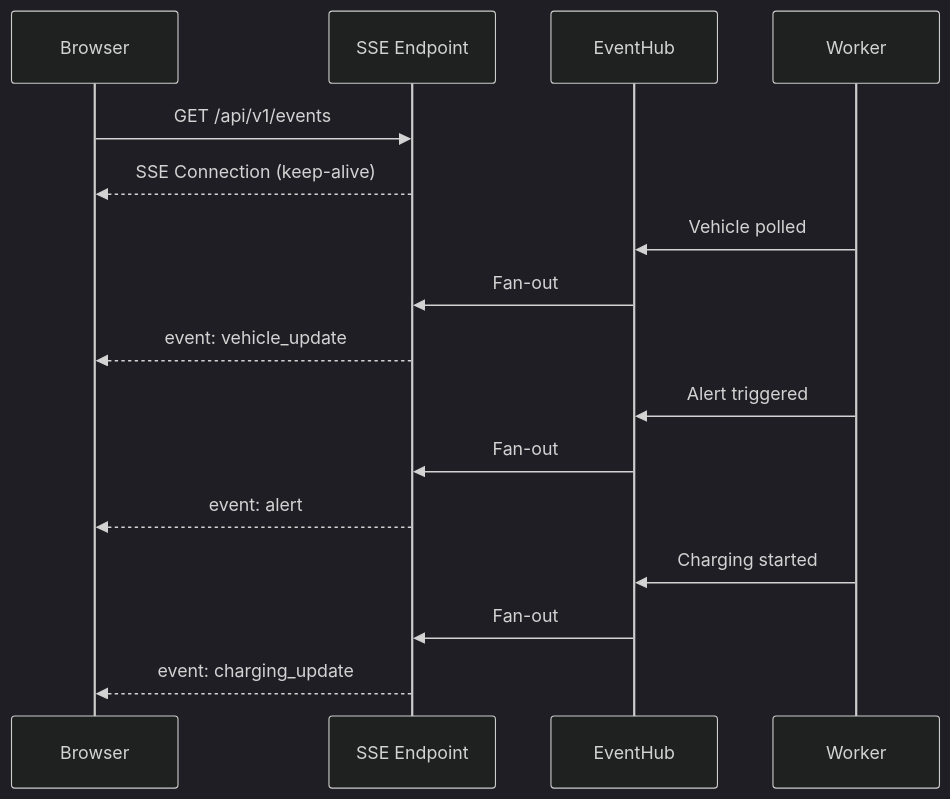
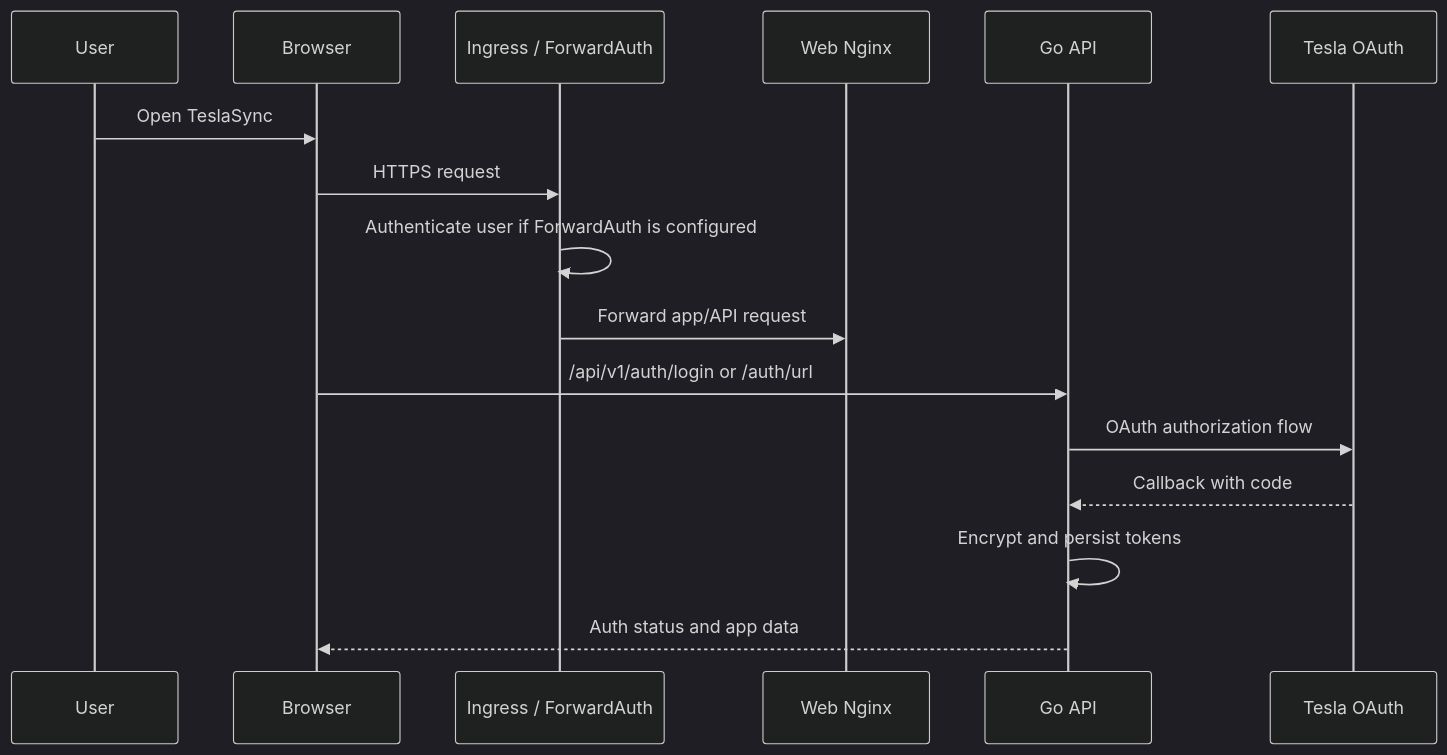
The third of 5 diagrams in docs/guide/architecture.md (ev-dev-labs/teslasync), drawn with Mermaid (dark theme) before and after one commit. The commit also changed other lines of this file and 36 other files, not shown here.

````diff
--- a/docs/guide/architecture.md
+++ b/docs/guide/architecture.md
@@ -171,22 +64,19 @@
 ```mermaid
 sequenceDiagram
+    participant User
     participant Browser
-    participant SSE as SSE Endpoint
-    participant Hub as EventHub
-    participant Worker
+    participant Proxy as Ingress / ForwardAuth
+    participant Web as Web Nginx
+    participant API as Go API
+    participant Tesla as Tesla OAuth
 
-    Browser->>SSE: GET /api/v1/events
-    SSE-->>Browser: SSE Connection (keep-alive)
-
-    Worker->>Hub: Vehicle polled
-    Hub->>SSE: Fan-out
-    SSE-->>Browser: event: vehicle_update
-
-    Worker->>Hub: Alert triggered
-    Hub->>SSE: Fan-out
-    SSE-->>Browser: event: alert
-
-    Worker->>Hub: Charging started
-    Hub->>SSE: Fan-out
-    SSE-->>Browser: event: charging_update
+    User->>Browser: Open TeslaSync
+    Browser->>Proxy: HTTPS request
+    Proxy->>Proxy: Authenticate user if ForwardAuth is configured
+    Proxy->>Web: Forward app/API request
+    Browser->>API: /api/v1/auth/login or /auth/url
+    API->>Tesla: OAuth authorization flow
+    Tesla-->>API: Callback with code
+    API->>API: Encrypt and persist tokens
+    API-->>Browser: Auth status and app data
 ```
````
